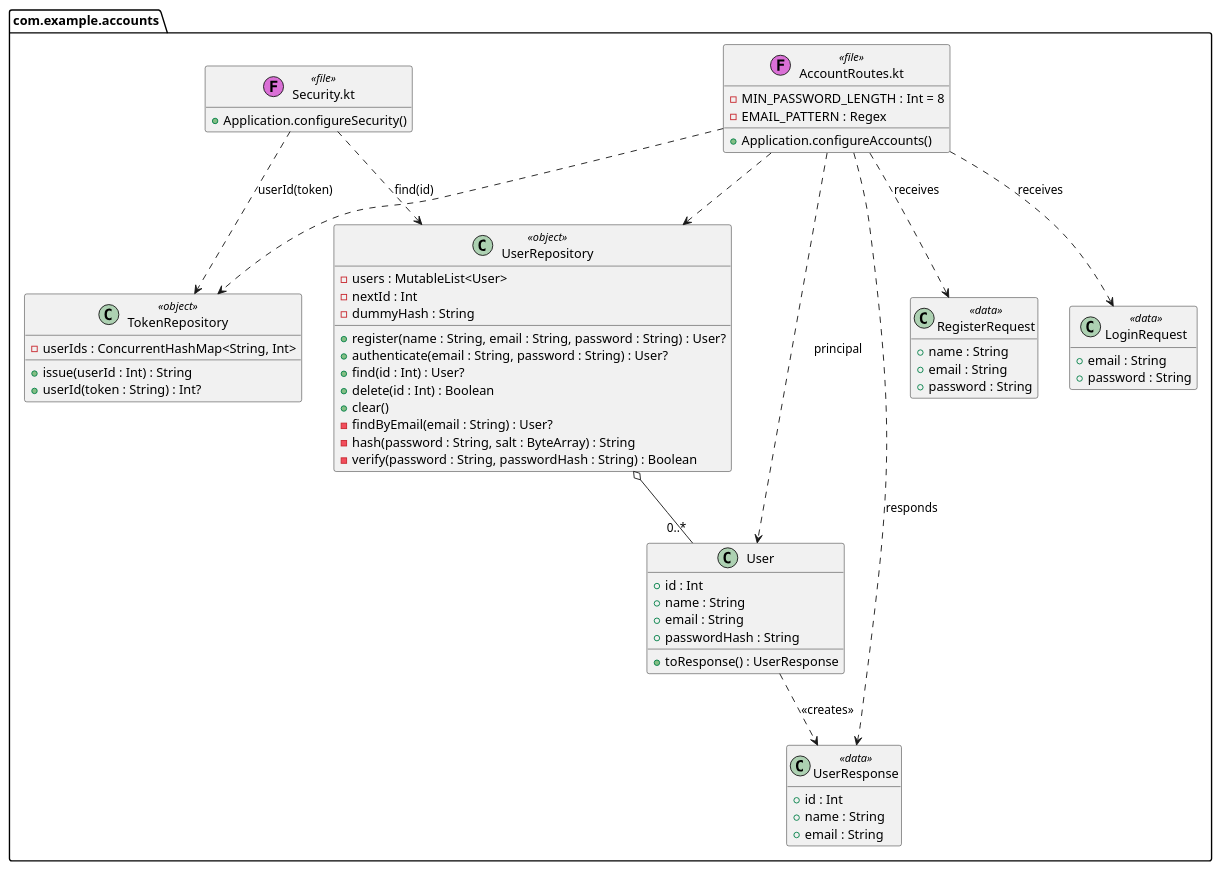
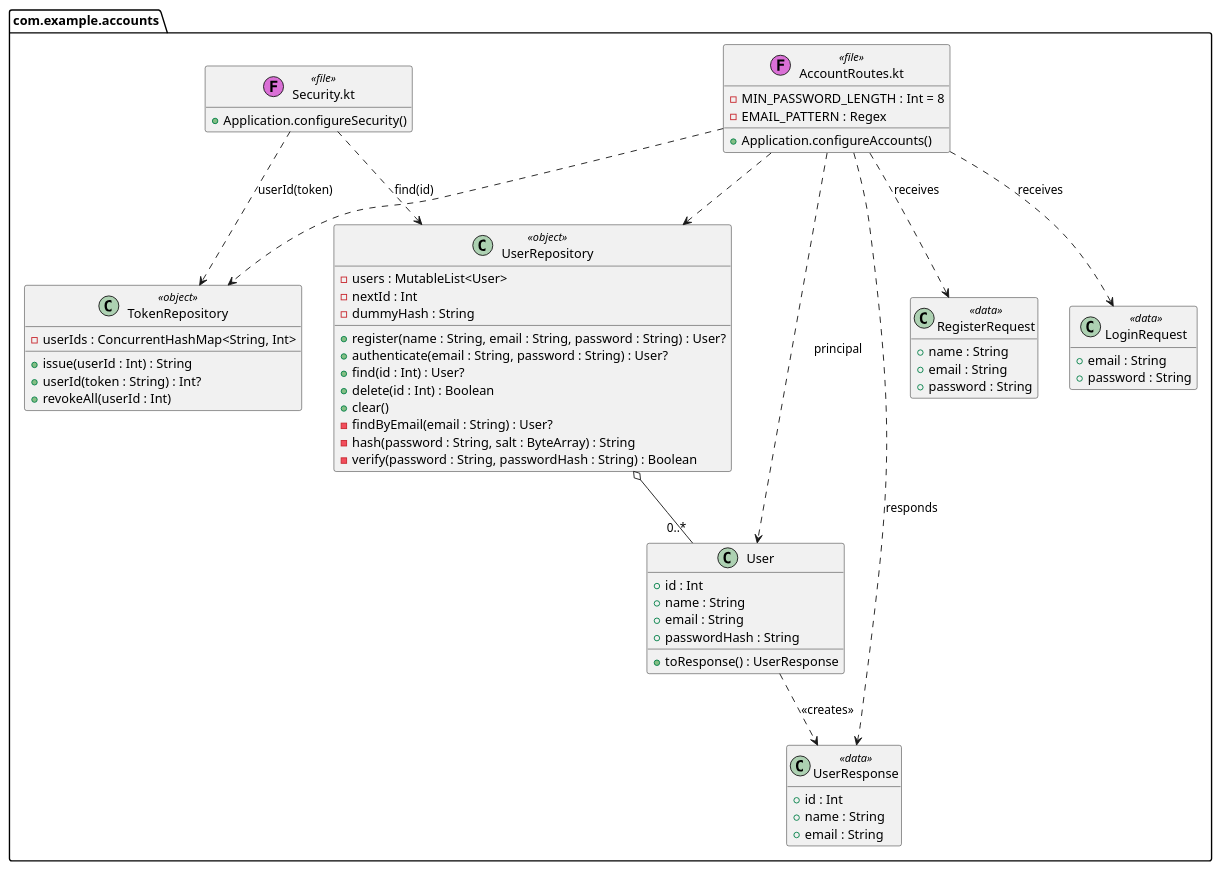
The diagram in docs/diagrams/class-accounts.puml (Rent-a-car-38291/rent-a-car), drawn with PlantUML before and after one commit. The commit also changed 6 other files, not shown here.

```diff
--- a/docs/diagrams/class-accounts.puml
+++ b/docs/diagrams/class-accounts.puml
@@ -1,67 +1,68 @@
 @startuml
 ' The account classes as they are in src/. The car classes are in class-cars.puml.
 hide empty members
 set separator none
 
 package com.example.accounts <<Folder>> {
   class "AccountRoutes.kt" as AccountRoutes <<(F,orchid) file>> {
     - MIN_PASSWORD_LENGTH : Int = 8
     - EMAIL_PATTERN : Regex
     + Application.configureAccounts()
   }
   class "Security.kt" as Security <<(F,orchid) file>> {
     + Application.configureSecurity()
   }
   class User {
     + id : Int
     + name : String
     + email : String
     + passwordHash : String
     + toResponse() : UserResponse
   }
   class RegisterRequest <<data>> {
     + name : String
     + email : String
     + password : String
   }
   class LoginRequest <<data>> {
     + email : String
     + password : String
   }
   class UserResponse <<data>> {
     + id : Int
     + name : String
     + email : String
   }
   class UserRepository <<object>> {
     - users : MutableList<User>
     - nextId : Int
     - dummyHash : String
     + register(name : String, email : String, password : String) : User?
     + authenticate(email : String, password : String) : User?
     + find(id : Int) : User?
     + delete(id : Int) : Boolean
     + clear()
     - findByEmail(email : String) : User?
     - hash(password : String, salt : ByteArray) : String
     - verify(password : String, passwordHash : String) : Boolean
   }
   class TokenRepository <<object>> {
     - userIds : ConcurrentHashMap<String, Int>
     + issue(userId : Int) : String
     + userId(token : String) : Int?
+    + revokeAll(userId : Int)
   }
 }
 
 UserRepository o-- "0..*" User
 User ..> UserResponse : <<creates>>
 AccountRoutes ..> RegisterRequest : receives
 AccountRoutes ..> LoginRequest : receives
 AccountRoutes ..> UserResponse : responds
 AccountRoutes ..> User : principal
 AccountRoutes ..> UserRepository
 AccountRoutes ..> TokenRepository
 Security ..> TokenRepository : userId(token)
 Security ..> UserRepository : find(id)
 
 @enduml
```
